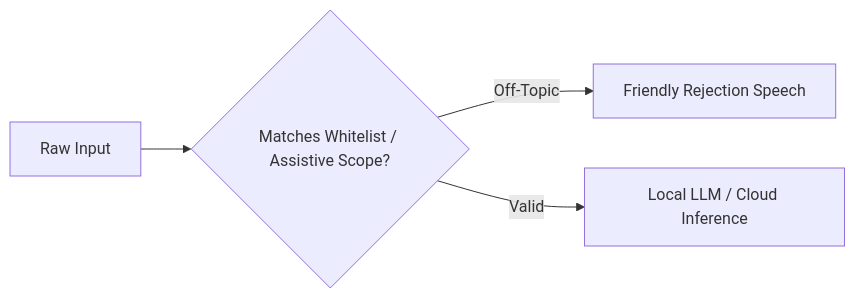
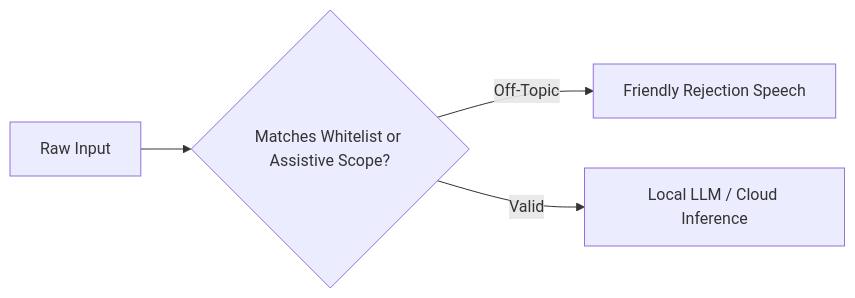
One commit to Thes-IS-IT/Easylens changed the fifth of 6 diagrams in docs/vision_and_ai/ai_memory_and_guardrails.md. Above: the diagram before and after it, drawn with Mermaid. The commit also changed other lines of this file and 1 other file, not shown here.

Commit message:
docs: fix Mermaid diagram syntax errors in ai_memory_and_guardrails.md and algorithm.md

````diff
--- a/docs/vision_and_ai/ai_memory_and_guardrails.md
+++ b/docs/vision_and_ai/ai_memory_and_guardrails.md
@@ -121,6 +121,6 @@
 ```mermaid
 graph LR
-    Input[Raw Input] --> Filter{Matches Whitelist / Assistive Scope?}
+    Input[Raw Input] --> Filter{Matches Whitelist or Assistive Scope?}
     Filter -- Off-Topic --> Reject[Friendly Rejection Speech]
     Filter -- Valid --> LLM[Local LLM / Cloud Inference]
 ```
````
